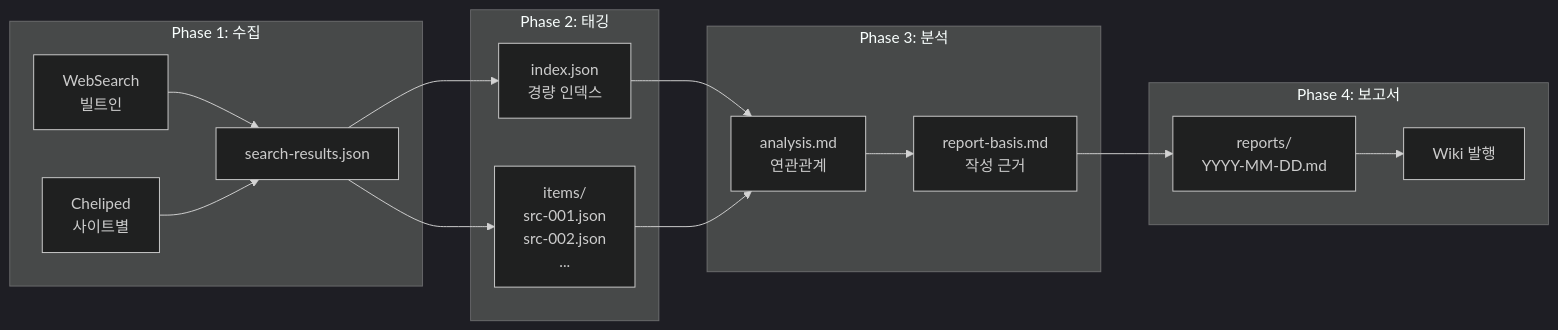
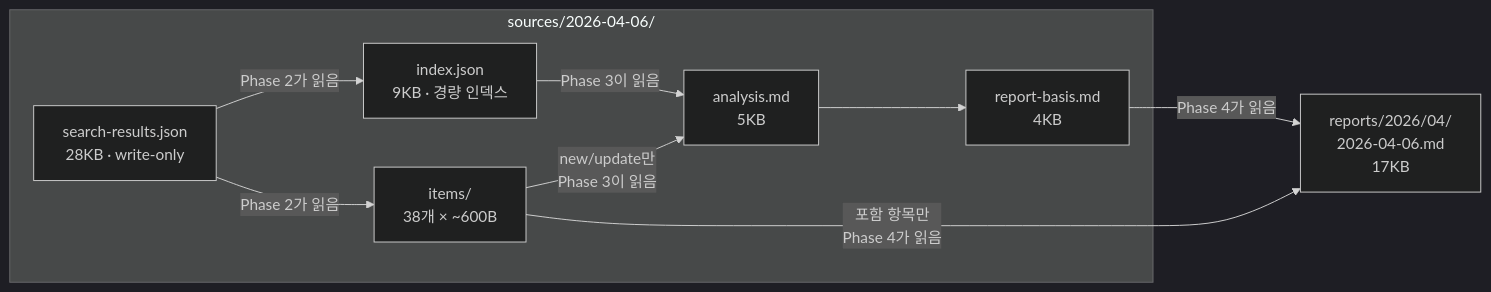
The third of 5 diagrams in README.md (aifactory-team/north-korean-nuclear-activities), drawn with Mermaid (dark theme) before and after one commit. The commit also changed other lines of this file, not shown here.

First line of the commit message:
docs: comprehensive README with agent/skill/workflow architecture

````diff
--- a/README.md
+++ b/README.md
@@ -47,32 +175,20 @@
 ```mermaid
-flowchart LR
-    subgraph phase1["Phase 1: 수집"]
-        WS["WebSearch<br/>빌트인"]
-        CH["Cheliped<br/>사이트별"]
-        SR["search-results.json"]
-        WS --> SR
-        CH --> SR
+graph LR
+    subgraph day["sources/2026-04-06/"]
+        SR["search-results.json<br/>28KB · write-only"]
+        IDX["index.json<br/>9KB · 경량 인덱스"]
+        ITEMS["items/<br/>38개 × ~600B"]
+        AN["analysis.md<br/>5KB"]
+        RB["report-basis.md<br/>4KB"]
     end
 
-    subgraph phase2["Phase 2: 태깅"]
-        IDX["index.json<br/>경량 인덱스"]
-        ITEMS["items/<br/>src-001.json<br/>src-002.json<br/>..."]
-        SR --> IDX
-        SR --> ITEMS
-    end
+    RPT["reports/2026/04/<br/>2026-04-06.md<br/>17KB"]
 
-    subgraph phase3["Phase 3: 분석"]
-        AN["analysis.md<br/>연관관계"]
-        RB["report-basis.md<br/>작성 근거"]
-        IDX --> AN
-        ITEMS --> AN
-        AN --> RB
-    end
-
-    subgraph phase4["Phase 4: 보고서"]
-        RPT["reports/<br/>YYYY-MM-DD.md"]
-        WIKI2["Wiki 발행"]
-        RB --> RPT
-        RPT --> WIKI2
-    end
+    SR -->|"Phase 2가 읽음"| IDX
+    SR -->|"Phase 2가 읽음"| ITEMS
+    IDX -->|"Phase 3이 읽음"| AN
+    ITEMS -->|"new/update만<br/>Phase 3이 읽음"| AN
+    AN --> RB
+    RB -->|"Phase 4가 읽음"| RPT
+    ITEMS -->|"포함 항목만<br/>Phase 4가 읽음"| RPT
 ```
````
